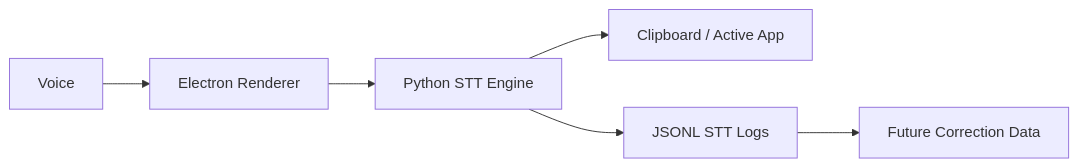
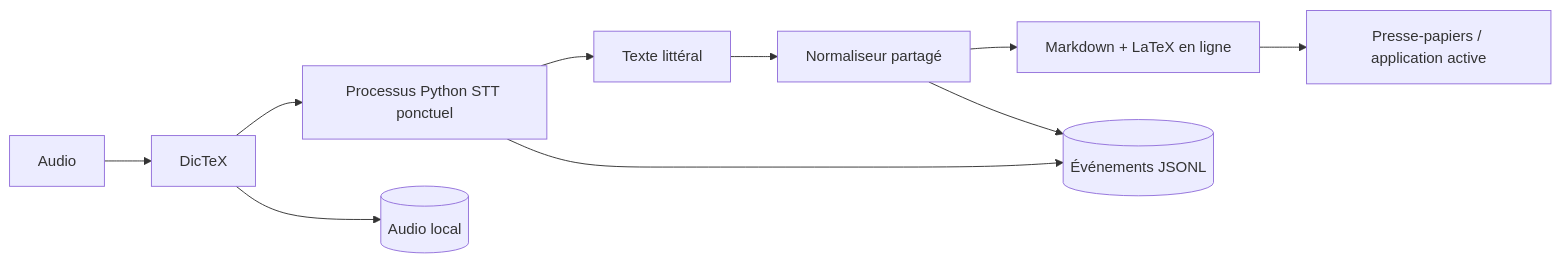
The first of 2 diagrams in docs/architecture.md (sensopensource/DicTeX), drawn with Mermaid before and after one commit. The commit also changed other lines of this file and 17 other files, not shown here.

````diff
--- a/docs/architecture.md
+++ b/docs/architecture.md
@@ -5,8 +15,12 @@
 ```mermaid
 flowchart LR
-    A[Voice] --> B[Electron Renderer]
-    B --> C[Python STT Engine]
-    C --> D[Clipboard / Active App]
-    C --> E[JSONL STT Logs]
-    E --> F[Future Correction Data]
+    A[Audio] --> B[DicTeX]
+    B --> C[Processus Python STT ponctuel]
+    C --> D[Texte littéral]
+    D --> E[Normaliseur partagé]
+    E --> F[Markdown + LaTeX en ligne]
+    F --> G[Presse-papiers / application active]
+    B --> H[(Audio local)]
+    C --> I[(Événements JSONL)]
+    E --> I
 ```
````
